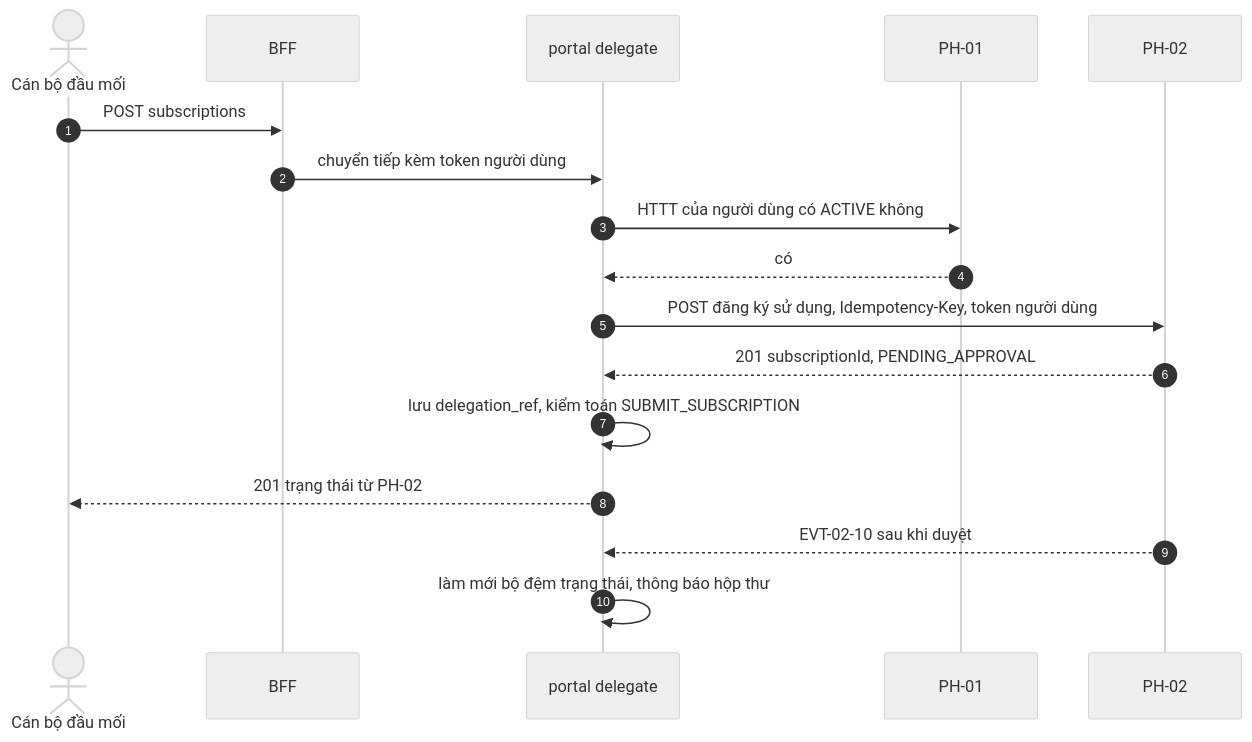
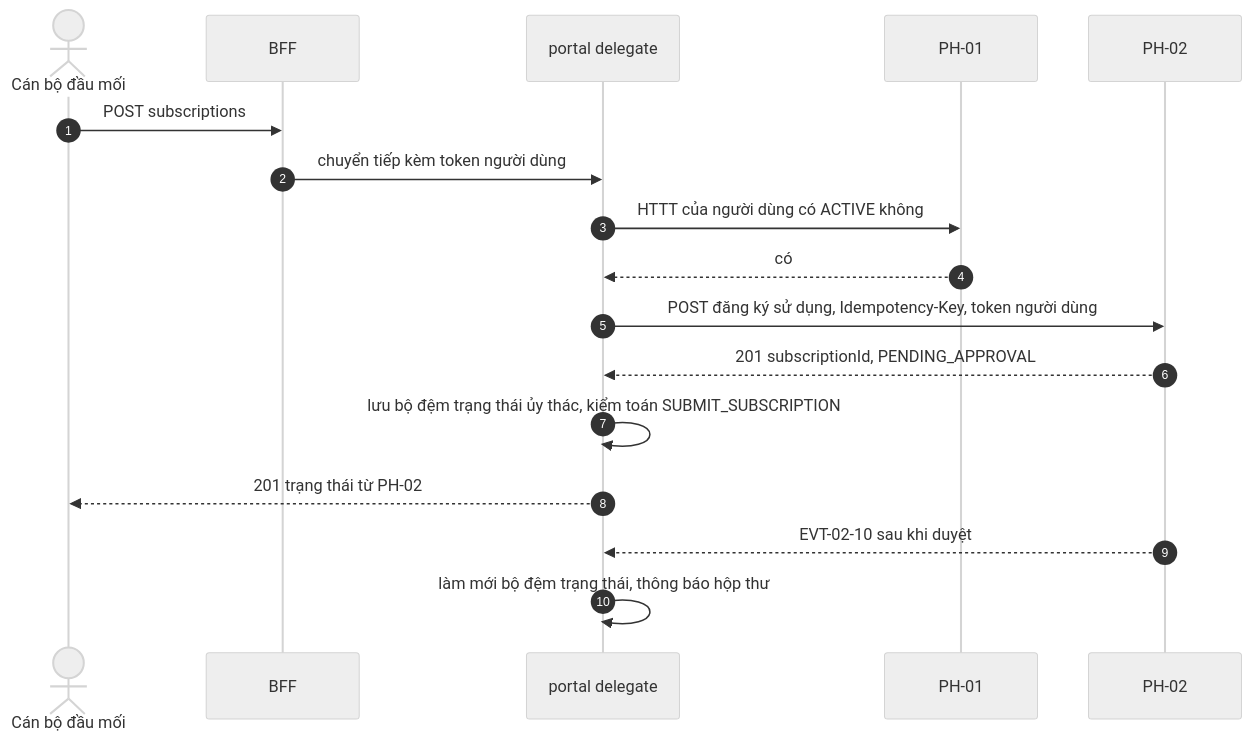
One commit to caprocute/DATAHUB changed the tenth of 10 diagrams in datahub-docs/03-thiet-ke/sdd/D03-02-PH15-sdd-cong-nha-phat-trien.md. Above: the diagram before and after it, drawn with Mermaid (neutral theme). The commit also changed other lines of this file and 37 other files, not shown here.

````diff
--- a/datahub-docs/03-thiet-ke/sdd/D03-02-PH15-sdd-cong-nha-phat-trien.md
+++ b/datahub-docs/03-thiet-ke/sdd/D03-02-PH15-sdd-cong-nha-phat-trien.md
@@ -944,19 +944,19 @@
 ```{.mermaid caption="Gửi đăng ký sử dụng API ủy thác cho PH-02"}
 sequenceDiagram
   autonumber
   actor O as Cán bộ đầu mối
   participant B as BFF
   participant D as portal delegate
   participant P1 as PH-01
   participant P2 as PH-02
   O->>B: POST subscriptions
   B->>D: chuyển tiếp kèm token người dùng
   D->>P1: HTTT của người dùng có ACTIVE không
   P1-->>D: có
   D->>P2: POST đăng ký sử dụng, Idempotency-Key, token người dùng
   P2-->>D: 201 subscriptionId, PENDING_APPROVAL
-  D->>D: lưu delegation_ref, kiểm toán SUBMIT_SUBSCRIPTION
+  D->>D: lưu bộ đệm trạng thái ủy thác, kiểm toán SUBMIT_SUBSCRIPTION
   D-->>O: 201 trạng thái từ PH-02
   P2-->>D: EVT-02-10 sau khi duyệt
   D->>D: làm mới bộ đệm trạng thái, thông báo hộp thư
 ```
````
